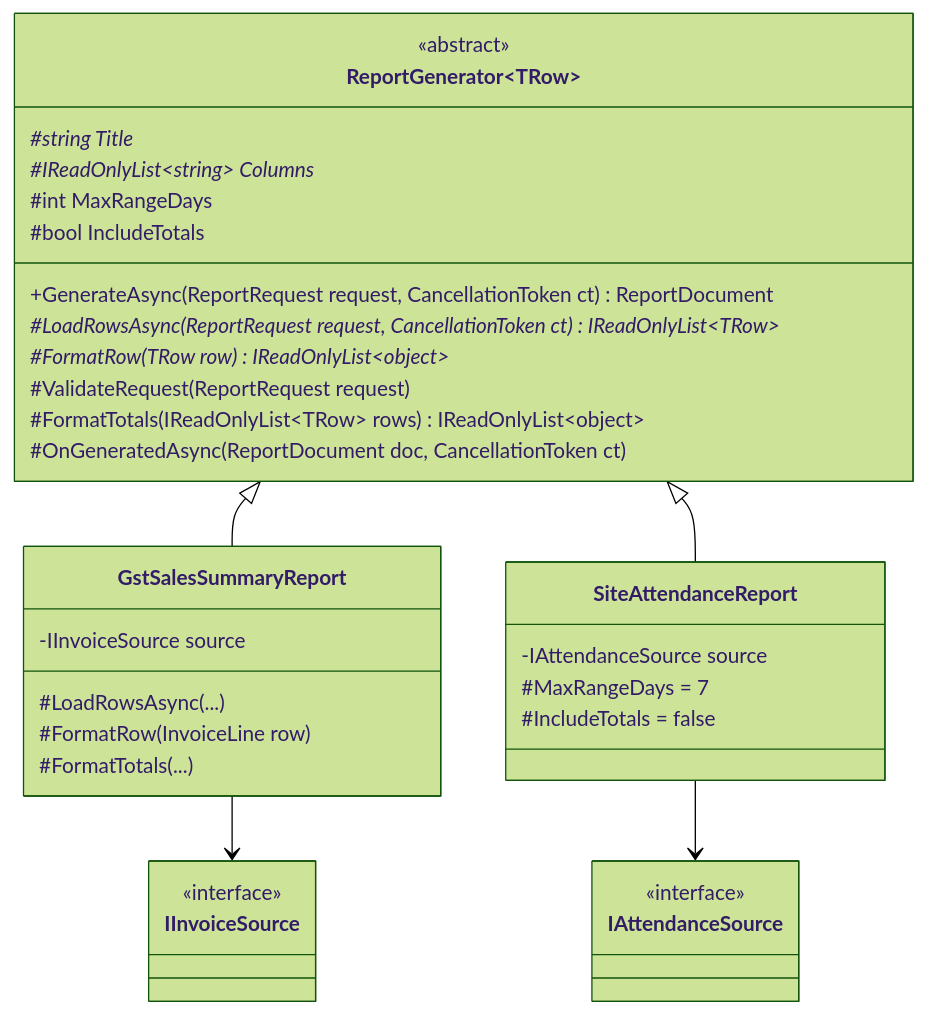
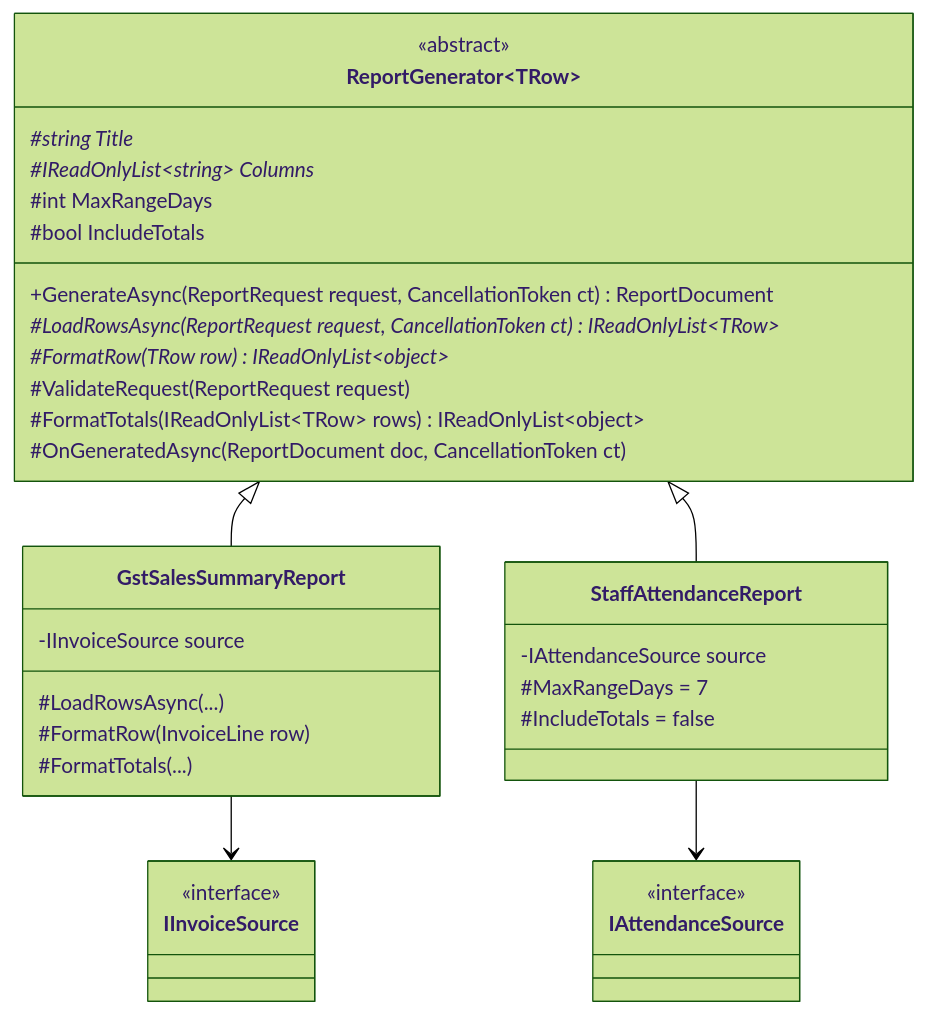
Before and after one commit to rizwi0786/system-design-lab: the first of 3 diagrams in content/lessons/m06/m06-template-method.md, drawn with Mermaid (forest theme). The commit also changed other lines of this file and 334 other files, not shown here.

````diff
--- a/content/lessons/m06/m06-template-method.md
+++ b/content/lessons/m06/m06-template-method.md
@@ -125,37 +125,37 @@
 ```mermaid
 classDiagram
     class ReportGenerator~TRow~ {
         <<abstract>>
         +GenerateAsync(ReportRequest request, CancellationToken ct) ReportDocument
         #string Title*
         #IReadOnlyList~string~ Columns*
         #LoadRowsAsync(ReportRequest request, CancellationToken ct)* IReadOnlyList~TRow~
         #FormatRow(TRow row)* IReadOnlyList~object~
         #int MaxRangeDays
         #bool IncludeTotals
         #ValidateRequest(ReportRequest request)
         #FormatTotals(IReadOnlyList~TRow~ rows) IReadOnlyList~object~
         #OnGeneratedAsync(ReportDocument doc, CancellationToken ct)
     }
     class GstSalesSummaryReport {
         -IInvoiceSource source
         #LoadRowsAsync(...)
         #FormatRow(InvoiceLine row)
         #FormatTotals(...)
     }
-    class SiteAttendanceReport {
+    class StaffAttendanceReport {
         -IAttendanceSource source
         #MaxRangeDays = 7
         #IncludeTotals = false
     }
     class IInvoiceSource {
         <<interface>>
     }
     class IAttendanceSource {
         <<interface>>
     }
     ReportGenerator <|-- GstSalesSummaryReport
-    ReportGenerator <|-- SiteAttendanceReport
+    ReportGenerator <|-- StaffAttendanceReport
     GstSalesSummaryReport --> IInvoiceSource
-    SiteAttendanceReport --> IAttendanceSource
+    StaffAttendanceReport --> IAttendanceSource
 ```
````
